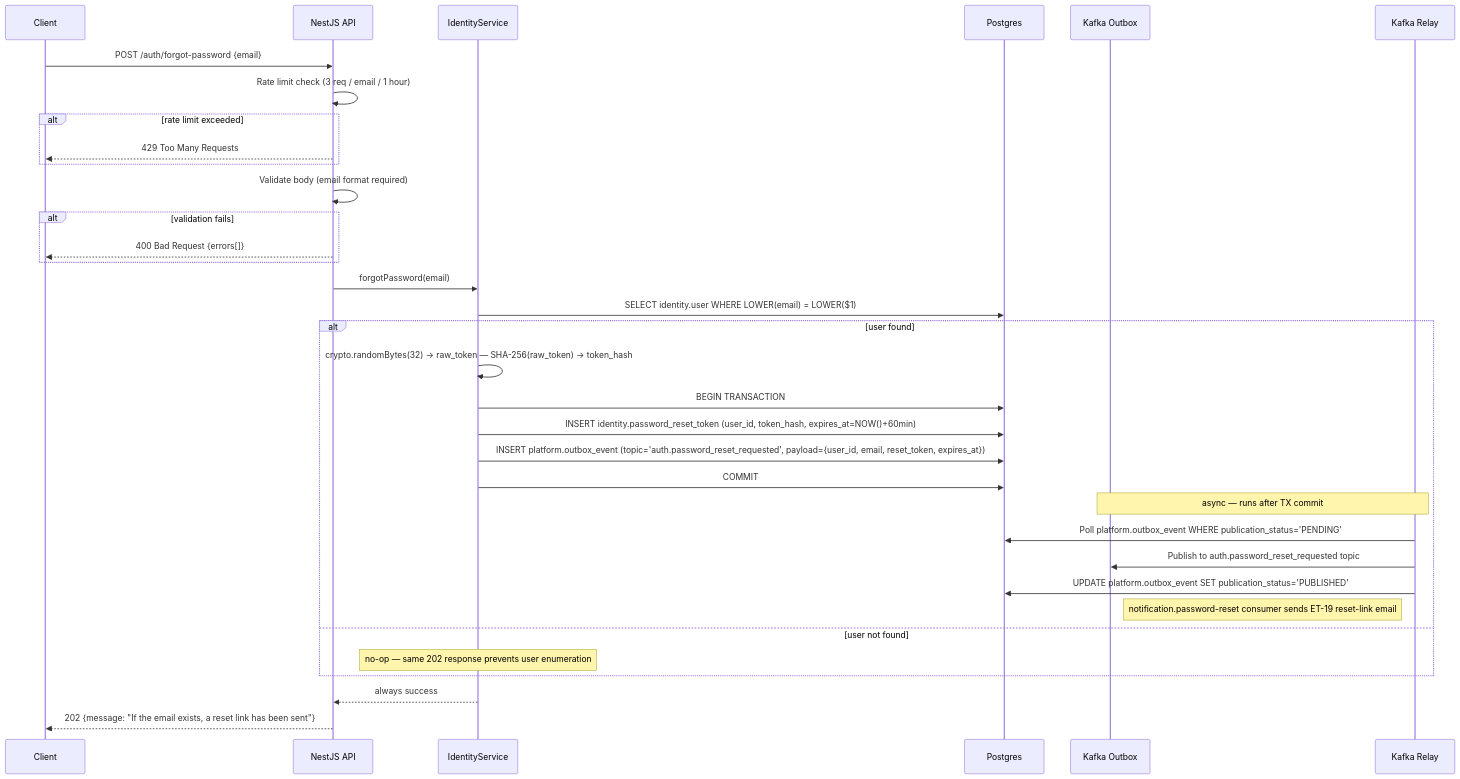
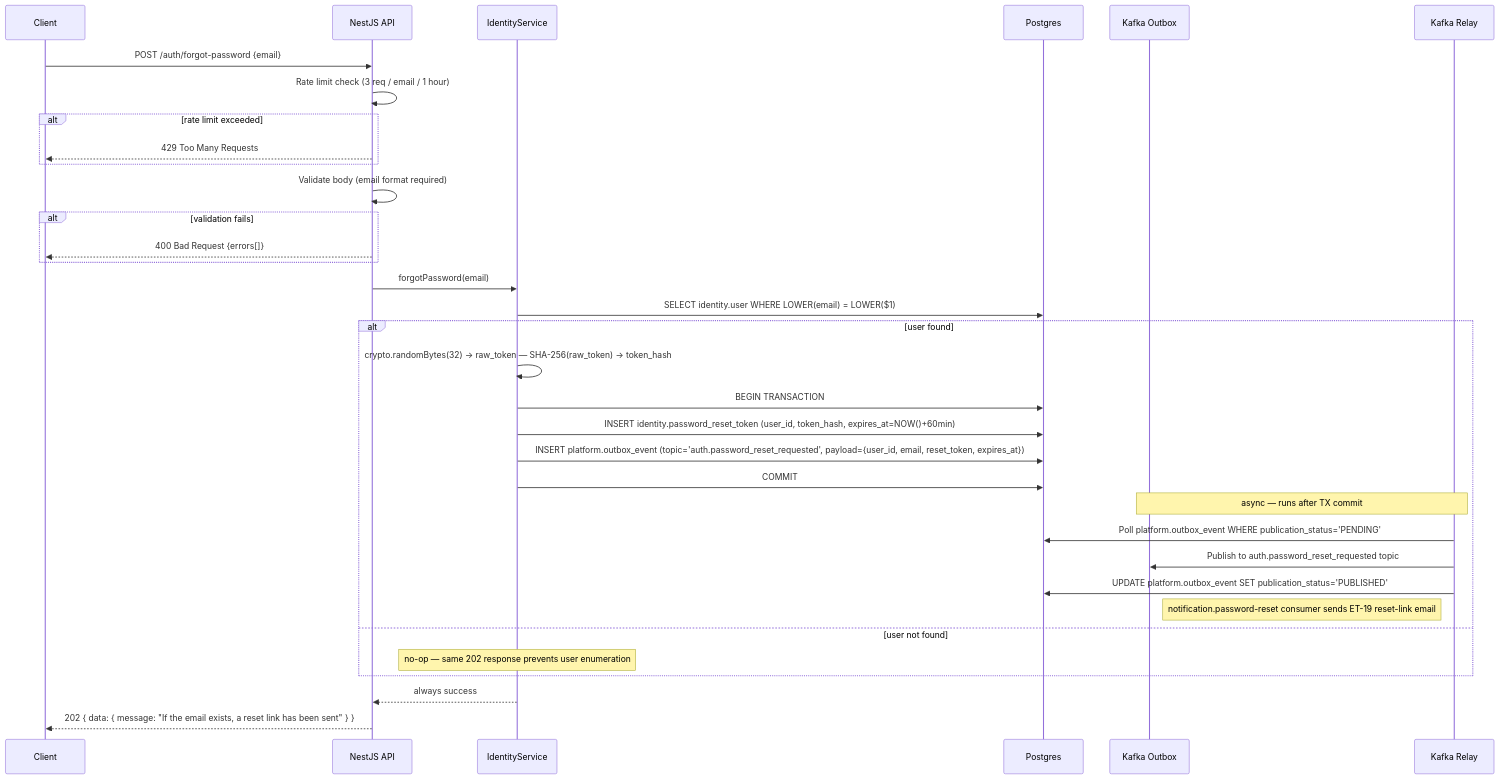
Before and after one commit to alisa-uthi/aliceut-ecom-document: the eighth of 13 diagrams in phase-1/technical-design/api-design/auth.md, drawn with Mermaid. The commit also changed other lines of this file and 22 other files, not shown here.

````diff
--- a/phase-1/technical-design/api-design/auth.md
+++ b/phase-1/technical-design/api-design/auth.md
@@ -485,42 +507,42 @@
 ```mermaid
 sequenceDiagram
     participant C as Client
     participant A as NestJS API
     participant IS as IdentityService
     participant PG as Postgres
     participant KO as Kafka Outbox
     participant KR as Kafka Relay
 
     C->>A: POST /auth/forgot-password {email}
 
     A->>A: Rate limit check (3 req / email / 1 hour)
     alt rate limit exceeded
         A-->>C: 429 Too Many Requests
     end
 
     A->>A: Validate body (email format required)
     alt validation fails
         A-->>C: 400 Bad Request {errors[]}
     end
 
     A->>IS: forgotPassword(email)
     IS->>PG: SELECT identity.user WHERE LOWER(email) = LOWER($1)
 
     alt user found
         IS->>IS: crypto.randomBytes(32) → raw_token — SHA-256(raw_token) → token_hash
         IS->>PG: BEGIN TRANSACTION
         IS->>PG: INSERT identity.password_reset_token (user_id, token_hash, expires_at=NOW()+60min)
         IS->>PG: INSERT platform.outbox_event (topic='auth.password_reset_requested', payload={user_id, email, reset_token, expires_at})
         IS->>PG: COMMIT
         Note over KO,KR: async — runs after TX commit
         KR->>PG: Poll platform.outbox_event WHERE publication_status='PENDING'
         KR->>KO: Publish to auth.password_reset_requested topic
         KR->>PG: UPDATE platform.outbox_event SET publication_status='PUBLISHED'
         Note right of KO: notification.password-reset consumer sends ET-19 reset-link email
     else user not found
         Note over IS: no-op — same 202 response prevents user enumeration
     end
 
     IS-->>A: always success
-    A-->>C: 202 {message: "If the email exists, a reset link has been sent"}
+    A-->>C: 202 { data: { message: "If the email exists, a reset link has been sent" } }
 ```
````
